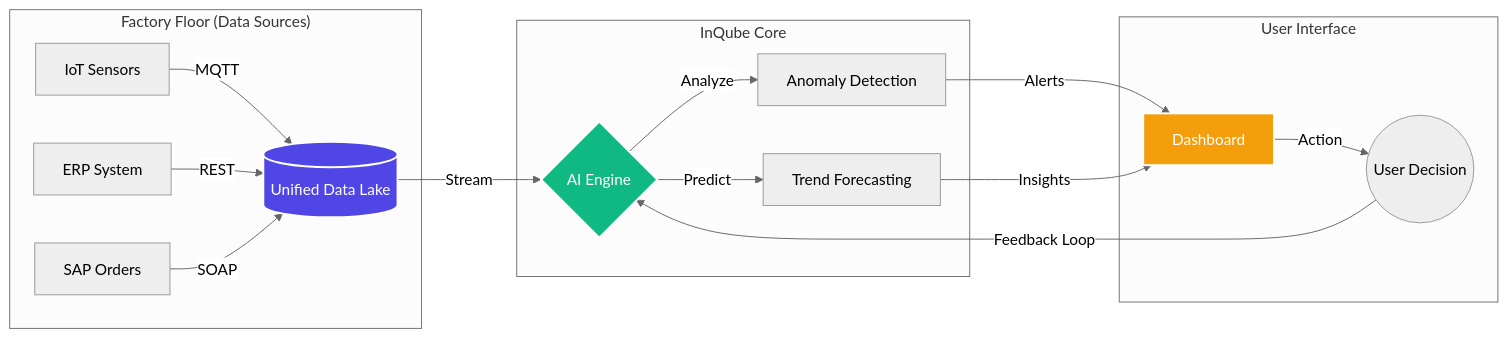
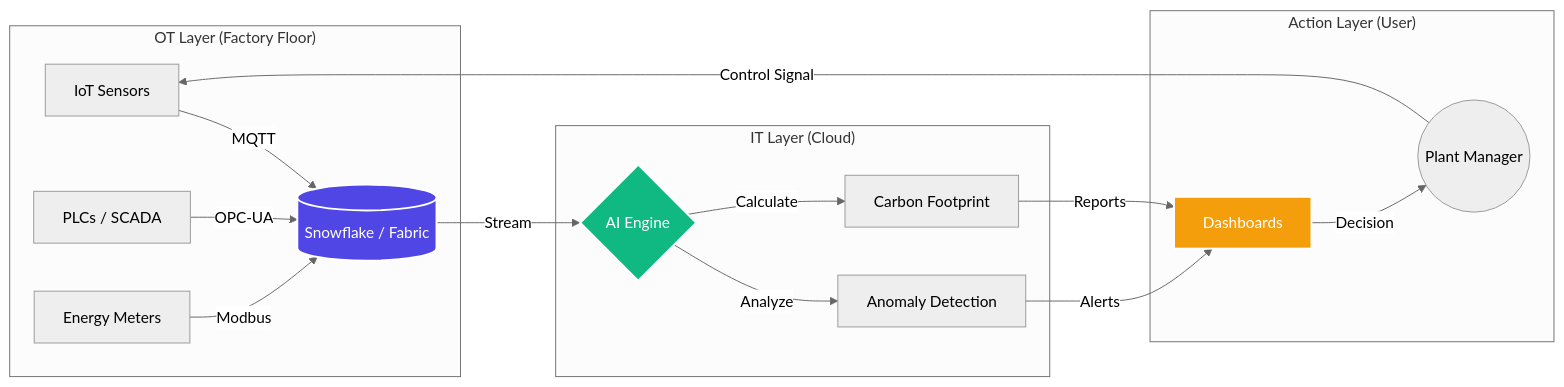
Before and after one commit to randunun-eng/inqube-mvp: the first of 2 diagrams in README.md, drawn with Mermaid (neutral theme). The commit also changed other lines of this file, not shown here.

Commit message:
Redesign README: Add live demo links and improved architecture diagrams

````diff
--- a/README.md
+++ b/README.md
@@ -13,25 +25,25 @@
 ```mermaid
 graph LR
-    subgraph "Factory Floor (Data Sources)"
-        A[IoT Sensors] -->|MQTT| D[Data Lake]
-        B[ERP System] -->|REST| D
-        C[SAP Orders] -->|SOAP| D
+    subgraph "OT Layer (Factory Floor)"
+        A[IoT Sensors] -->|MQTT| D[Unified Data Lake]
+        B[PLCs / SCADA] -->|OPC-UA| D
+        C[Energy Meters] -->|Modbus| D
     end
 
-    subgraph "InQube Core"
-        D[(Unified Data Lake)] -->|Stream| E{AI Engine}
+    subgraph "IT Layer (Cloud)"
+        D[(Snowflake / Fabric)] -->|Stream| E{AI Engine}
         E -->|Analyze| F[Anomaly Detection]
-        E -->|Predict| G[Trend Forecasting]
+        E -->|Calculate| G[Carbon Footprint]
     end
 
-    subgraph "User Interface"
-        F -->|Alerts| H[Dashboard]
-        G -->|Insights| H
-        H -->|Action| I((User Decision))
+    subgraph "Action Layer (User)"
+        F -->|Alerts| H[Dashboards]
+        G -->|Reports| H
+        H -->|Decision| I((Plant Manager))
     end
 
-    I -->|Feedback Loop| E
+    I -->|Control Signal| A
     style D fill:#4f46e5,stroke:#fff,stroke-width:2px,color:#fff
     style E fill:#10b981,stroke:#fff,stroke-width:2px,color:#fff
     style H fill:#f59e0b,stroke:#fff,stroke-width:2px,color:#fff
 ```
````
